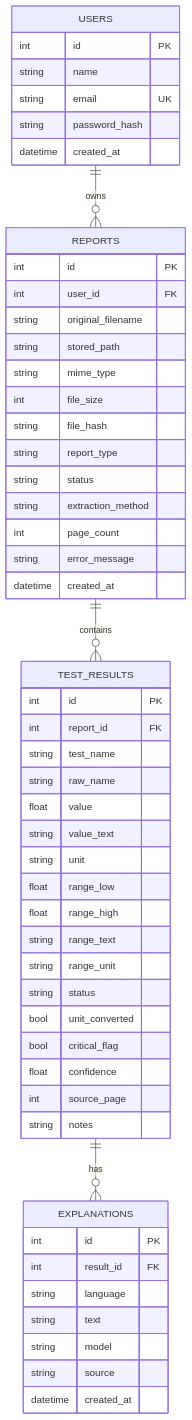
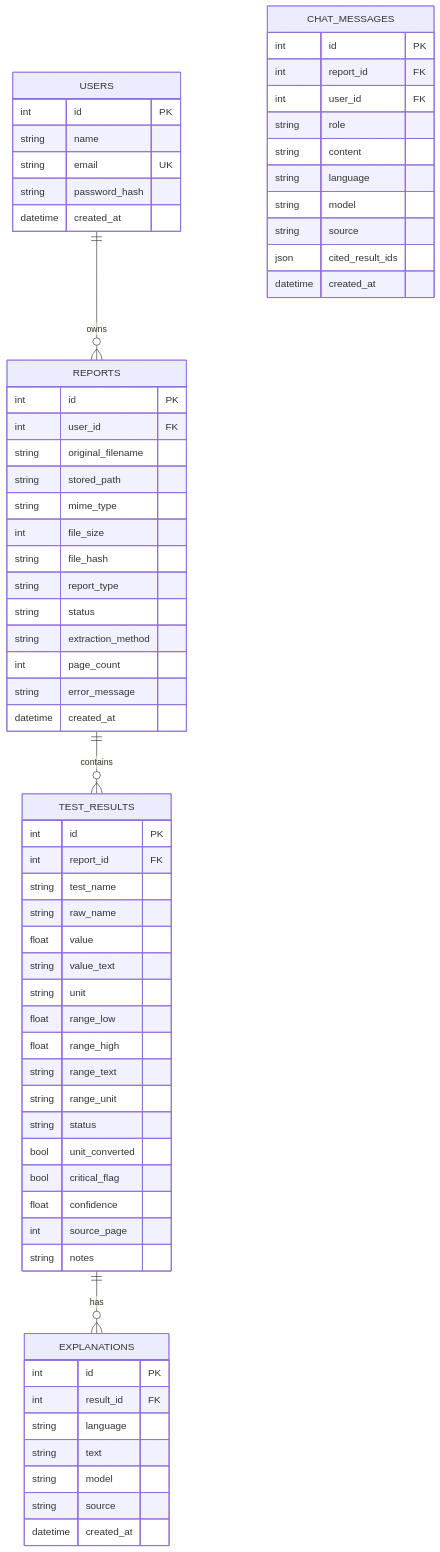
One commit to ratneshsahu9098/mediexplain_ai_demo changed the second of 2 diagrams in docs/ARCHITECTURE.md. Above: the diagram before and after it, drawn with Mermaid. The commit also changed other lines of this file and 15 other files, not shown here.

Commit message:
Add report-grounded chat with safety refusals and offline fallback

````diff
--- a/docs/ARCHITECTURE.md
+++ b/docs/ARCHITECTURE.md
@@ -61,57 +61,69 @@
 ```mermaid
 erDiagram
     USERS ||--o{ REPORTS : owns
     REPORTS ||--o{ TEST_RESULTS : contains
     TEST_RESULTS ||--o{ EXPLANATIONS : has
 
     USERS {
         int id PK
         string name
         string email UK
         string password_hash
         datetime created_at
     }
     REPORTS {
         int id PK
         int user_id FK
         string original_filename
         string stored_path
         string mime_type
         int file_size
         string file_hash
         string report_type
         string status
         string extraction_method
         int page_count
         string error_message
         datetime created_at
     }
     TEST_RESULTS {
         int id PK
         int report_id FK
         string test_name
         string raw_name
         float value
         string value_text
         string unit
         float range_low
         float range_high
         string range_text
         string range_unit
         string status
         bool unit_converted
         bool critical_flag
         float confidence
         int source_page
         string notes
     }
     EXPLANATIONS {
         int id PK
         int result_id FK
         string language
         string text
         string model
         string source
         datetime created_at
     }
+    CHAT_MESSAGES {
+        int id PK
+        int report_id FK
+        int user_id FK
+        string role
+        string content
+        string language
+        string model
+        string source
+        json cited_result_ids
+        datetime created_at
+    }
 ```
````
